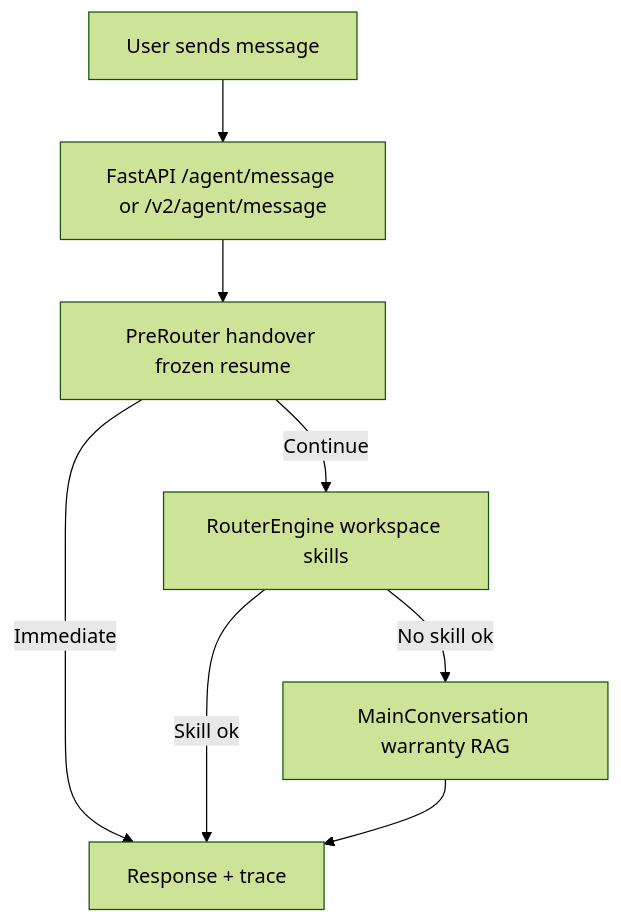
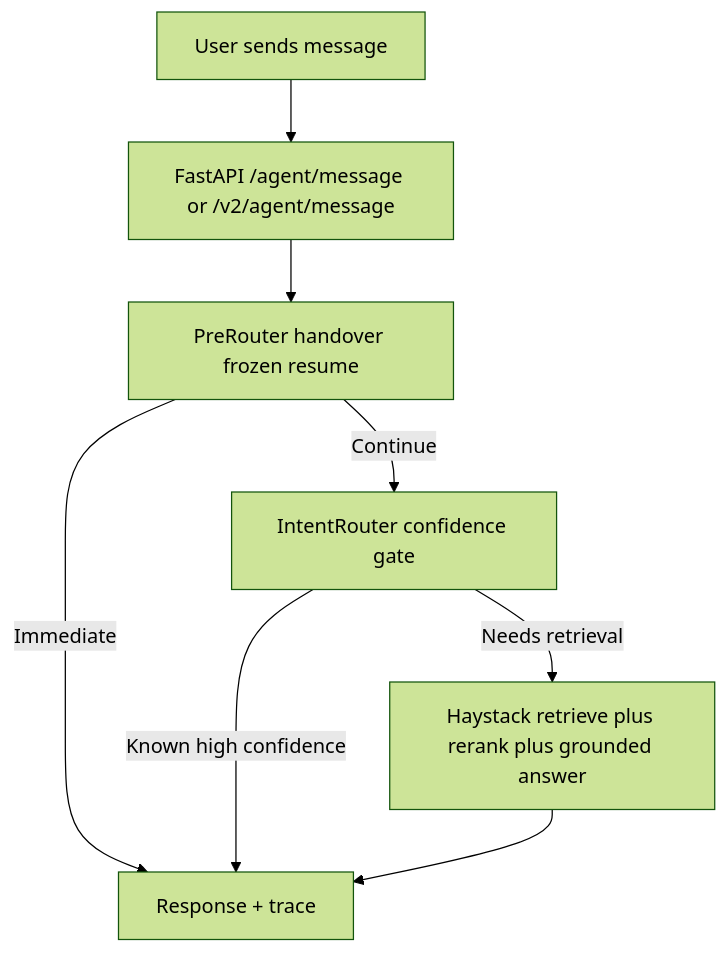
Before and after one commit to kommuai/kai: the diagram in README.md, drawn with Mermaid (forest theme). The commit also changed other lines of this file and 87 other files, not shown here.

````diff
--- a/README.md
+++ b/README.md
@@ -174,13 +223,13 @@
 ```mermaid
 flowchart TD
     A[User sends message] --> C[FastAPI /agent/message or /v2/agent/message]
     C --> D[PreRouter handover frozen resume]
     D -->|Immediate| E[Response + trace]
-    D -->|Continue| F[RouterEngine workspace skills]
-    F -->|Skill ok| E
-    F -->|No skill ok| G[MainConversation warranty RAG]
+    D -->|Continue| F[IntentRouter confidence gate]
+    F -->|Known high confidence| E
+    F -->|Needs retrieval| G[Haystack retrieve plus rerank plus grounded answer]
     G --> E
 
 
    
 ```
````
